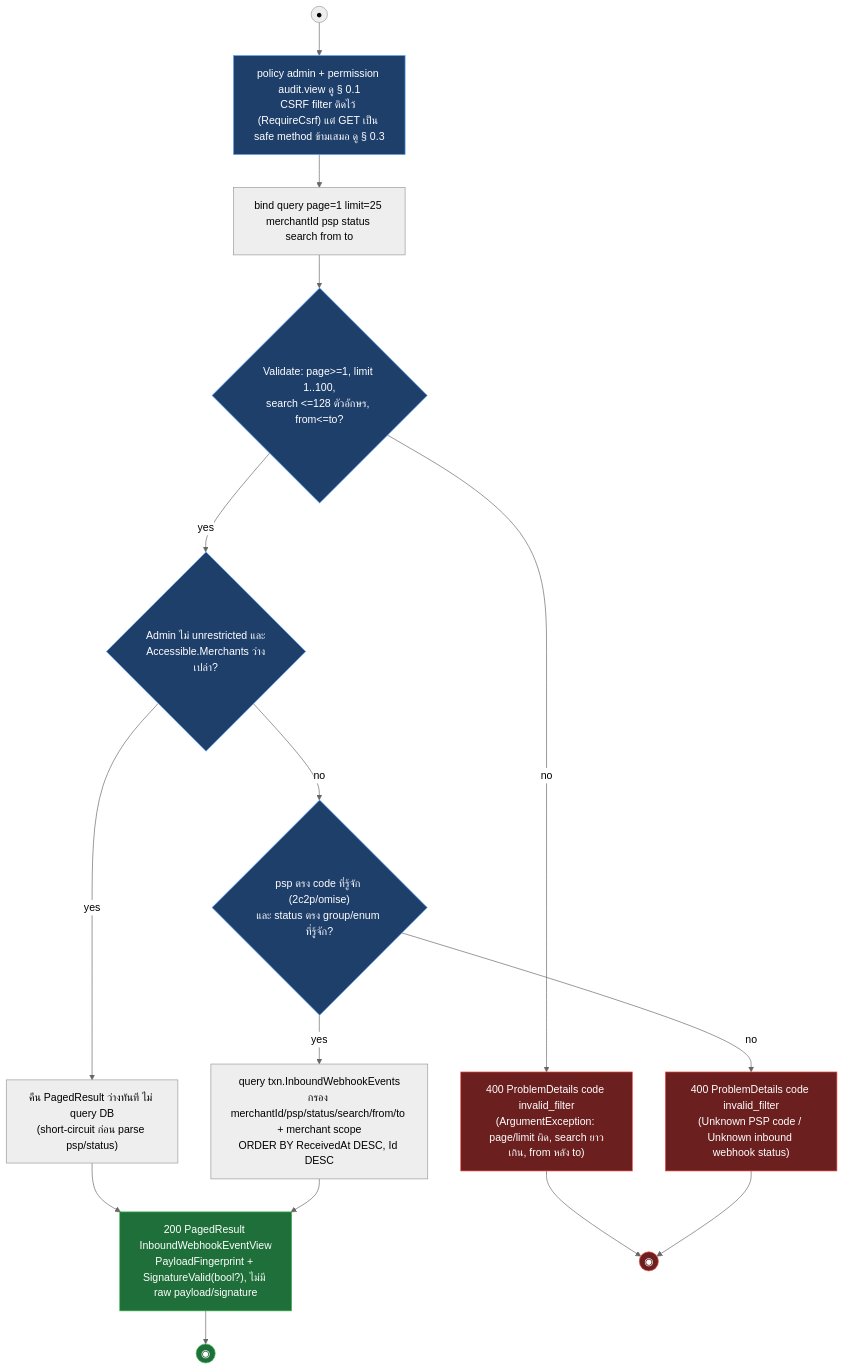
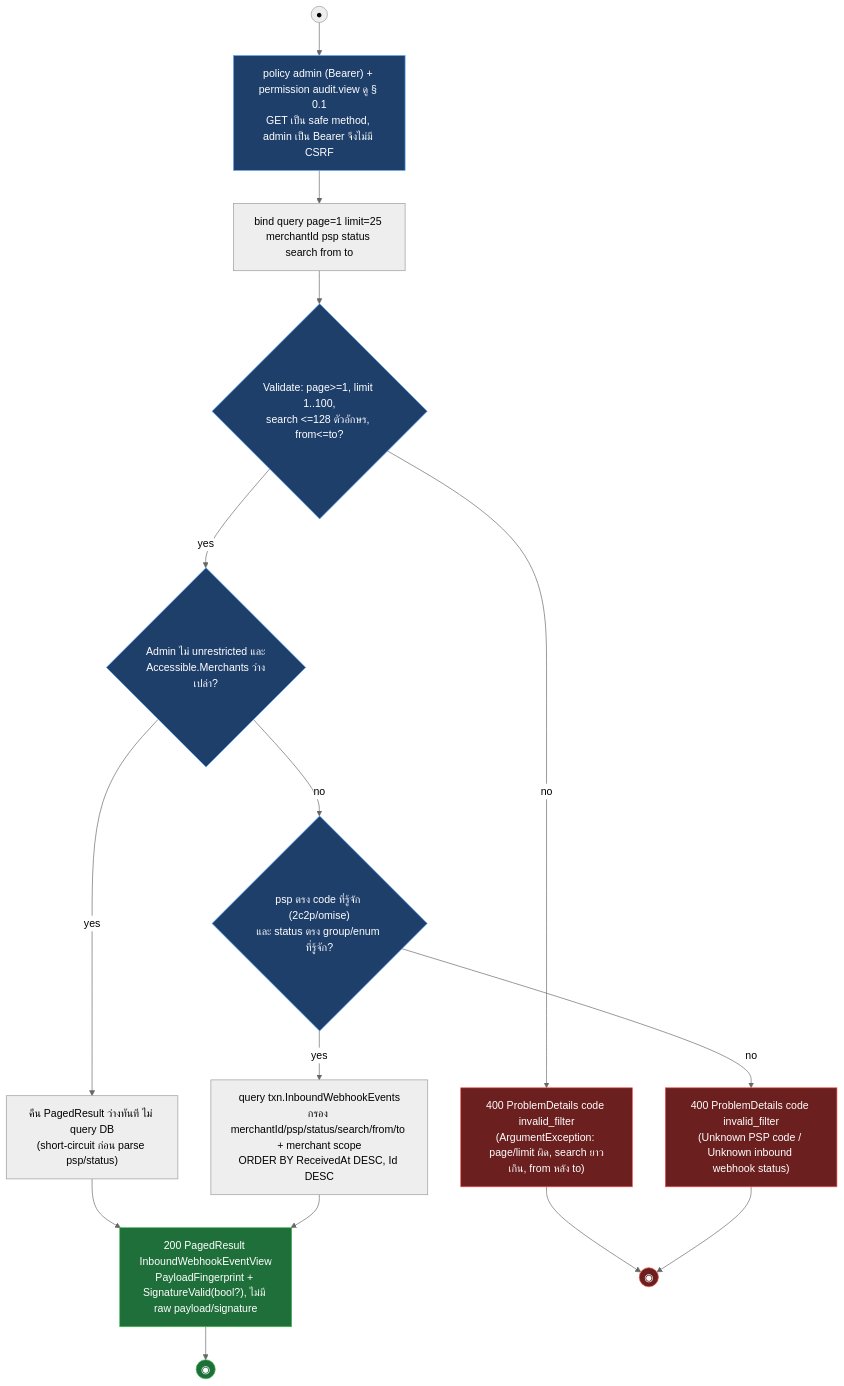
Before and after one commit to metrodiesign/pol-core: the first of 7 diagrams in outputs/diagrams/2026-09-14_api-endpoints_v1/14-inbound-webhooks-reporting-infra.activities.md, drawn with Mermaid (neutral theme). The commit also changed other lines of this file and 42 other files, not shown here.

First line of the commit message:
docs: align reference docs and the API diagram set with the Bearer-only admin plane

````diff
--- a/outputs/diagrams/2026-09-14_api-endpoints_v1/14-inbound-webhooks-reporting-infra.activities.md
+++ b/outputs/diagrams/2026-09-14_api-endpoints_v1/14-inbound-webhooks-reporting-infra.activities.md
@@ -23,24 +23,24 @@
 ```mermaid
 flowchart TD
-    START((●)) --> AUTHZ["policy admin + permission audit.view ดู § 0.1<br/>CSRF filter ติดไว้ (RequireCsrf) แต่ GET เป็น safe method ข้ามเสมอ ดู § 0.3"]
+    START((●)) --> AUTHZ["policy admin (Bearer) + permission audit.view ดู § 0.1<br/>GET เป็น safe method, admin เป็น Bearer จึงไม่มี CSRF"]
     AUTHZ --> BIND["bind query page=1 limit=25 merchantId psp status search from to"]
     BIND --> VALID{"Validate: page>=1, limit 1..100,<br/>search <=128 ตัวอักษร, from<=to?"}
     VALID -->|no| R400_V["400 ProblemDetails code invalid_filter<br/>(ArgumentException: page/limit ผิด, search ยาวเกิน, from หลัง to)"]
     VALID -->|yes| SCOPE{"Admin ไม่ unrestricted และ<br/>Accessible.Merchants ว่างเปล่า?"}
     SCOPE -->|yes| EMPTY["คืน PagedResult ว่างทันที ไม่ query DB<br/>(short-circuit ก่อน parse psp/status)"]
     SCOPE -->|no| CODE{"psp ตรง code ที่รู้จัก (2c2p/omise)<br/>และ status ตรง group/enum ที่รู้จัก?"}
     CODE -->|no| R400_C["400 ProblemDetails code invalid_filter<br/>(Unknown PSP code / Unknown inbound webhook status)"]
     CODE -->|yes| QUERY["query txn.InboundWebhookEvents<br/>กรอง merchantId/psp/status/search/from/to + merchant scope<br/>ORDER BY ReceivedAt DESC, Id DESC"]
     EMPTY --> R200["200 PagedResult InboundWebhookEventView<br/>PayloadFingerprint + SignatureValid(bool?), ไม่มี raw payload/signature"]
     QUERY --> R200
     R200 --> END_S((◉))
     R400_V --> END_F((◉))
     R400_C --> END_F
 
     classDef ok fill:#1f6f3a,stroke:#3fb950,color:#fff
     classDef fail fill:#6b1f1f,stroke:#f85149,color:#fff
     classDef gate fill:#1f3f6b,stroke:#58a6ff,color:#fff
     class R200,END_S ok
     class R400_V,R400_C,END_F fail
     class AUTHZ,VALID,SCOPE,CODE gate
 ```
````
